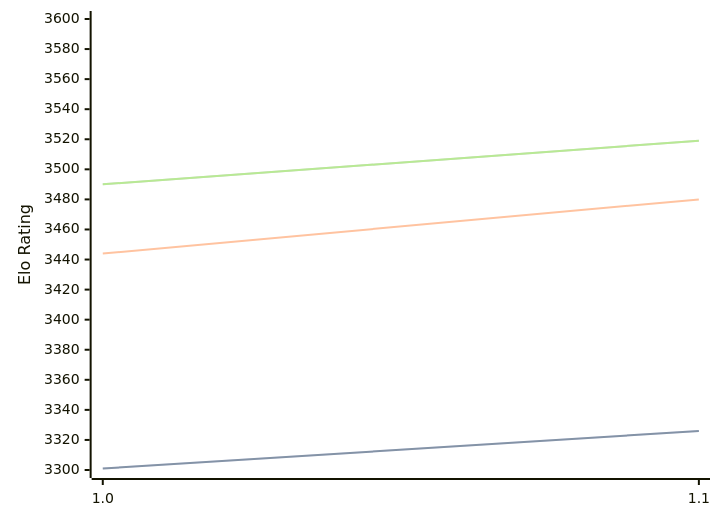
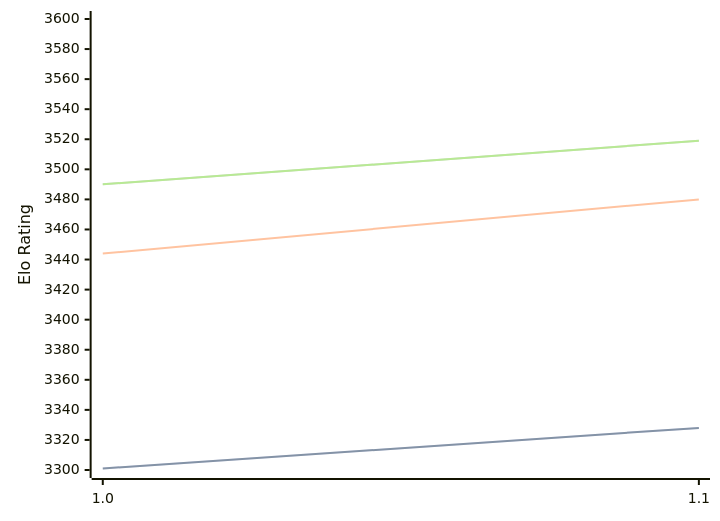
One commit to computer-chess-index/cci changed the third of 3 diagrams in engines/Icarus.md. Above: the diagram before and after it, drawn with Mermaid. The commit also changed other lines of this file, not shown here.

````diff
--- a/engines/Icarus.md
+++ b/engines/Icarus.md
@@ -65,11 +65,11 @@
 ```mermaid
 %%{init: {"theme":"base","themeVariables":{"seriesColors:['#a3a3a3','#222221','#faa371']}}}%%
 xychart-beta
   x-axis ["1.0", "1.1"]
   y-axis "Elo Rating" 3300 --> 3600
-  line "STC (8.0+0.08s)" [3301, 3326]
-  line "STC (8.0+0.08s)" [3301, 3326]
+  line "STC (8.0+0.08s)" [3301, 3328]
+  line "STC (8.0+0.08s)" [3301, 3328]
   line "LTC (60.0+0.60s)" [3444, 3480]
   line "VLTC (2m24s+1.12s)" [3490, 3519]
   line "VLTC (2m24s+1.12s)" [3490, 3519]
 ```
````
